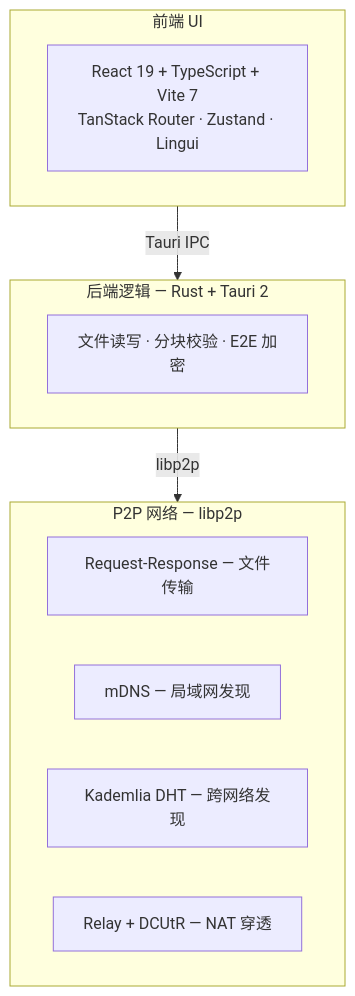
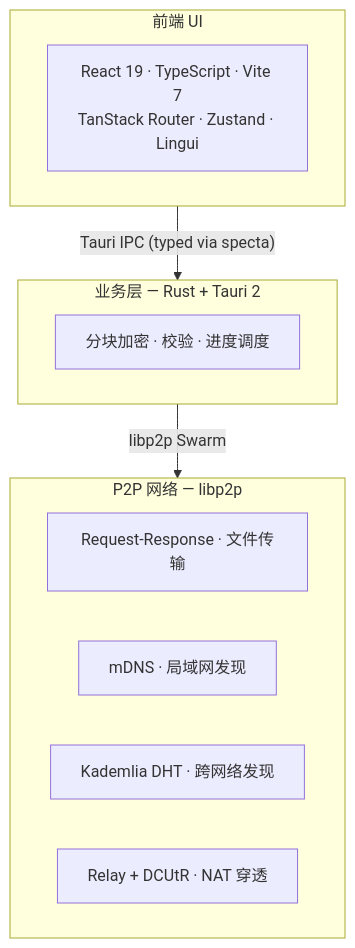
Before and after one commit to swarm-apps/SwarmDrop: the diagram in README.md, drawn with Mermaid. The commit also changed other lines of this file, not shown here.

Commit message:
docs: 收紧 README，修 yexiyue → swarm-apps 旧链接

````diff
--- a/README.md
+++ b/README.md
@@ -122,20 +84,17 @@
 ```mermaid
 graph TB
     subgraph Frontend["前端 UI"]
-        A["React 19 + TypeScript + Vite 7<br/>TanStack Router · Zustand · Lingui"]
+        A["React 19 · TypeScript · Vite 7<br/>TanStack Router · Zustand · Lingui"]
     end
-
-    subgraph Backend["后端逻辑 — Rust + Tauri 2"]
-        B["文件读写 · 分块校验 · E2E 加密"]
+    subgraph Backend["业务层 — Rust + Tauri 2"]
+        B["分块加密 · 校验 · 进度调度"]
     end
-
     subgraph P2P["P2P 网络 — libp2p"]
-        C["Request-Response — 文件传输"]
-        D["mDNS — 局域网发现"]
-        E["Kademlia DHT — 跨网络发现"]
-        F["Relay + DCUtR — NAT 穿透"]
+        C["Request-Response · 文件传输"]
+        D["mDNS · 局域网发现"]
+        E["Kademlia DHT · 跨网络发现"]
+        F["Relay + DCUtR · NAT 穿透"]
     end
-
-    Frontend -- "Tauri IPC" --> Backend
-    Backend -- "libp2p" --> P2P
+    Frontend -- "Tauri IPC (typed via specta)" --> Backend
+    Backend -- "libp2p Swarm" --> P2P
 ```
````
